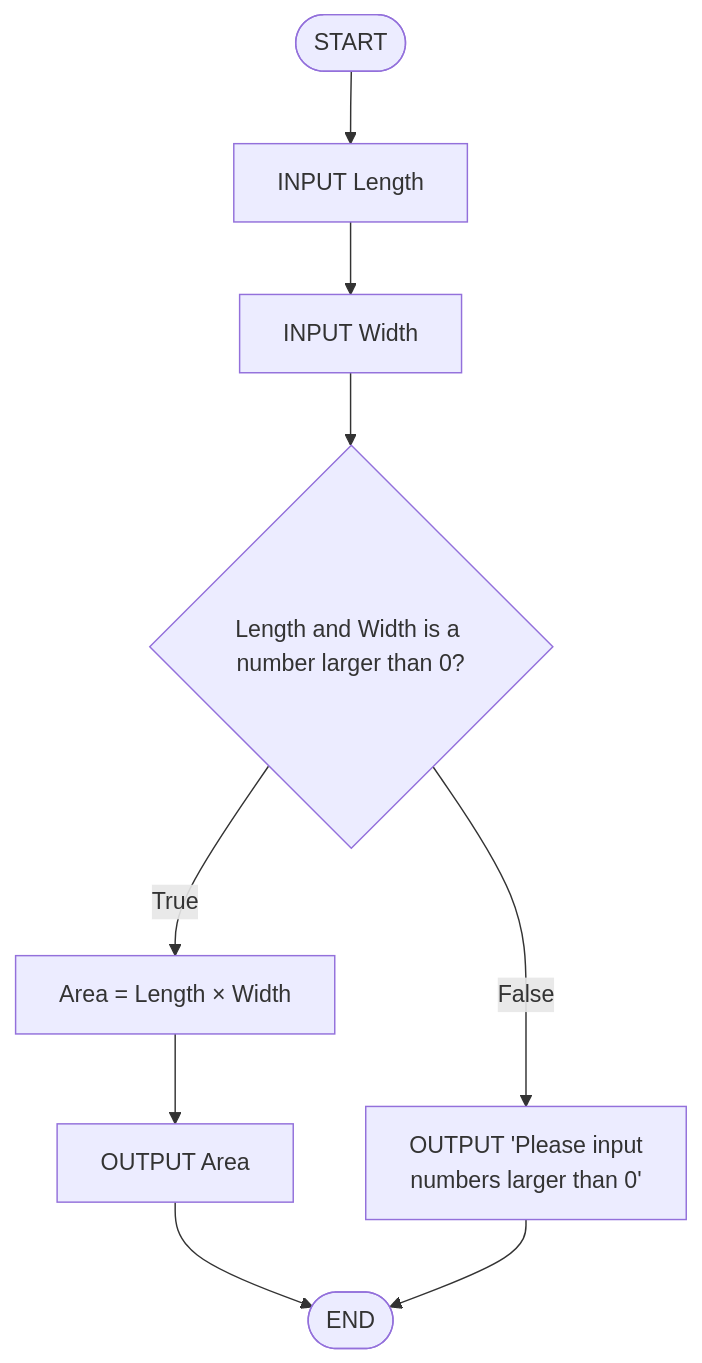
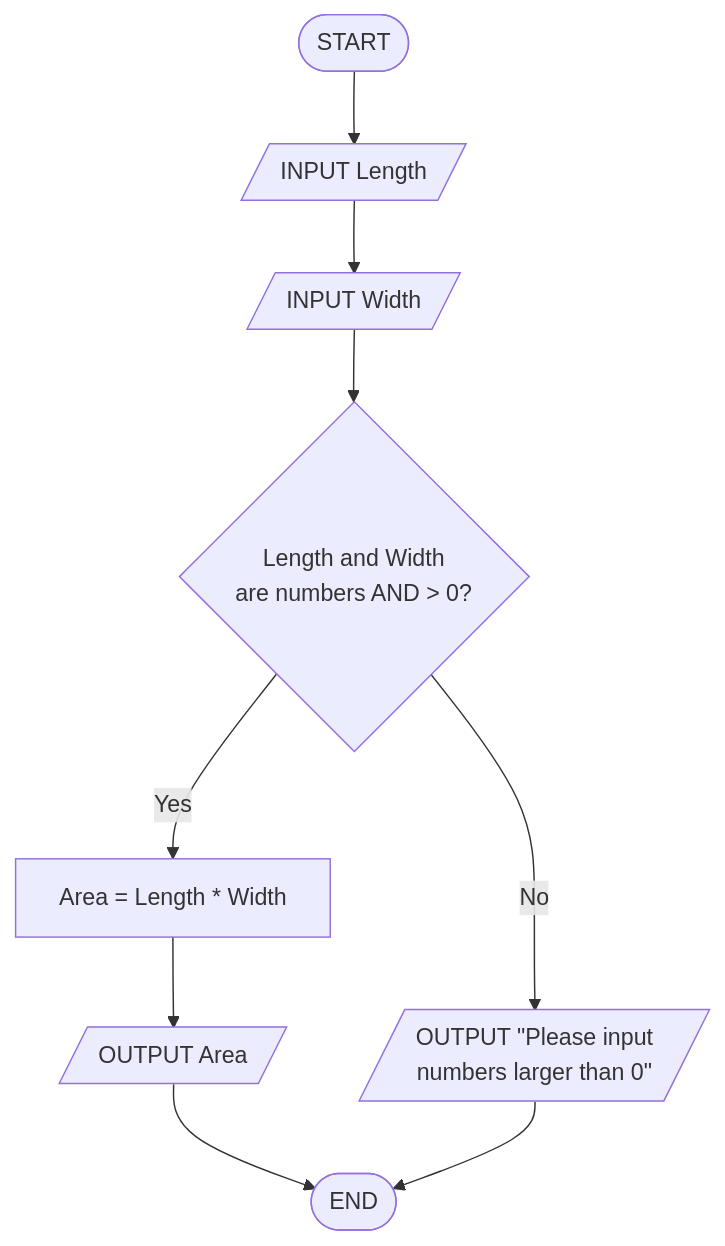
The seventh of 10 diagrams in README.md (Matojotam/Workshop-Algorithm-and-flowchart), drawn with Mermaid before and after one commit. The commit also changed other lines of this file, not shown here.

````diff
--- a/README.md
+++ b/README.md
@@ -253,21 +304,19 @@
 ```mermaid
 flowchart TB
-    Start(["START"]) --> InputLength["INPUT Length"]
-    InputLength --> InputWidth["INPUT Width"]
-    InputWidth --> CheckCondition{"Length and Width is a number larger than 0?"}
-    CheckCondition -- True --> Calculate["Area = Length × Width"]
-    Calculate --> OutputArea["OUTPUT Area"]
+
+    Start(["START"]) --> InputLength[/INPUT Length/]
+
+    InputLength --> InputWidth[/INPUT Width/]
+
+    InputWidth --> CheckCondition{"Length and Width<br/>are numbers AND > 0?"}
+
+    CheckCondition -->|Yes| Calculate["Area = Length * Width"]
+
+    Calculate --> OutputArea[/OUTPUT Area/]
+
     OutputArea --> End(["END"])
-    CheckCondition -- False --> OutputError@{ label: "OUTPUT 'Please input<br>numbers larger than 0'" }
+
+    CheckCondition -->|No| OutputError[/OUTPUT "Please input<br/>numbers larger than 0"/]
+
     OutputError --> End
-
-    OutputError@{ shape: rect}
-     Start:::startEnd
-     InputLength:::input
-     InputWidth:::input
-     CheckCondition:::decision
-     Calculate:::process
-     OutputArea:::output
-     End:::startEnd
-     OutputError:::output
 ```
````
